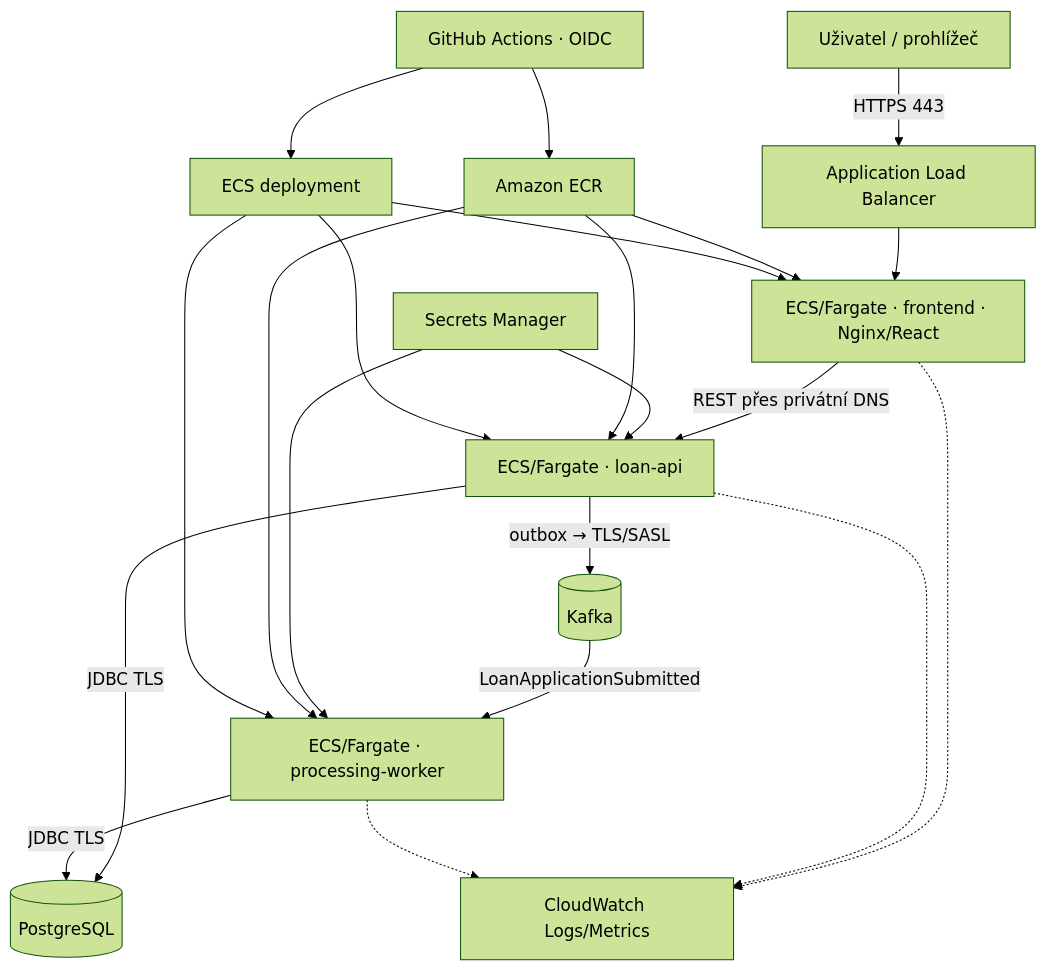
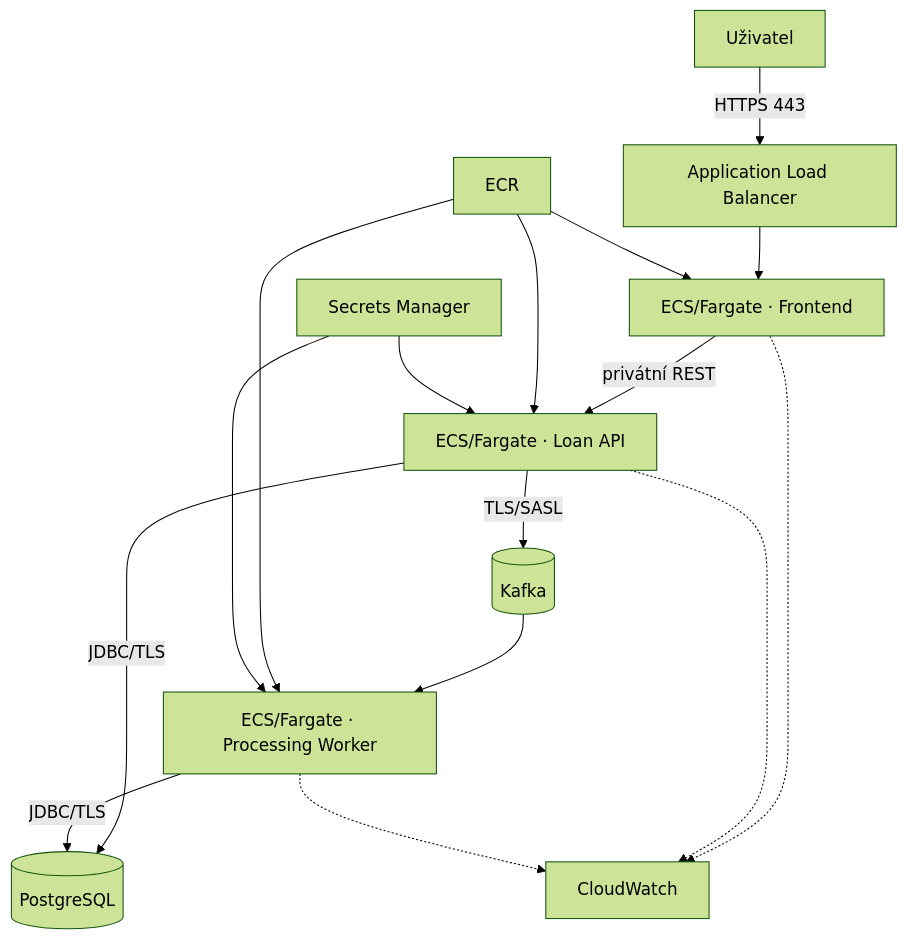
One commit to matyzatka/devbank-loan-platform changed the diagram in docs/aws-architecture.md. Above: the diagram before and after it, drawn with Mermaid (forest theme). The commit also changed other lines of this file and 11 other files, not shown here.

Commit message:
Consolidate documentation and strengthen architecture evidence

````diff
--- a/docs/aws-architecture.md
+++ b/docs/aws-architecture.md
@@ -20,23 +17,18 @@
 ```mermaid
 flowchart TB
-    U["Uživatel / prohlížeč"] -->|"HTTPS 443"| ALB["Application Load Balancer"]
-    ALB --> FE["ECS/Fargate · frontend · Nginx/React"]
-    FE -->|"REST přes privátní DNS"| API["ECS/Fargate · loan-api"]
-    API -->|"JDBC TLS"| PG[("PostgreSQL")]
-    API -->|"outbox → TLS/SASL"| K[("Kafka")]
-    K -->|"LoanApplicationSubmitted"| W["ECS/Fargate · processing-worker"]
-    W -->|"JDBC TLS"| PG
-    FE -.-> CW["CloudWatch Logs/Metrics"]
+    U["Uživatel"] -->|"HTTPS 443"| ALB["Application Load Balancer"]
+    ALB --> FE["ECS/Fargate · Frontend"]
+    FE -->|"privátní REST"| API["ECS/Fargate · Loan API"]
+    API -->|"JDBC/TLS"| PG[("PostgreSQL")]
+    API -->|"TLS/SASL"| K[("Kafka")]
+    K --> W["ECS/Fargate · Processing Worker"]
+    W -->|"JDBC/TLS"| PG
+    FE -.-> CW["CloudWatch"]
     API -.-> CW
     W -.-> CW
+    ECR["ECR"] --> FE
+    ECR --> API
+    ECR --> W
     SM["Secrets Manager"] --> API
     SM --> W
-    ECR["Amazon ECR"] --> FE
-    ECR --> API
-    ECR --> W
-    GHA["GitHub Actions · OIDC"] --> ECR
-    GHA --> ECS["ECS deployment"]
-    ECS --> FE
-    ECS --> API
-    ECS --> W
 ```
````
